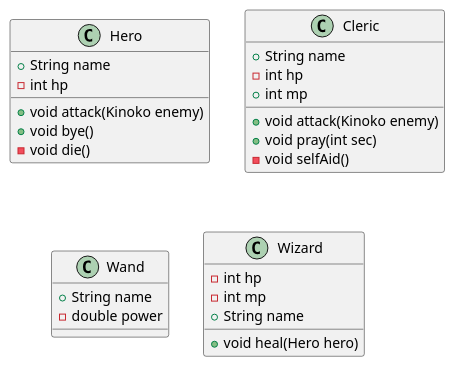
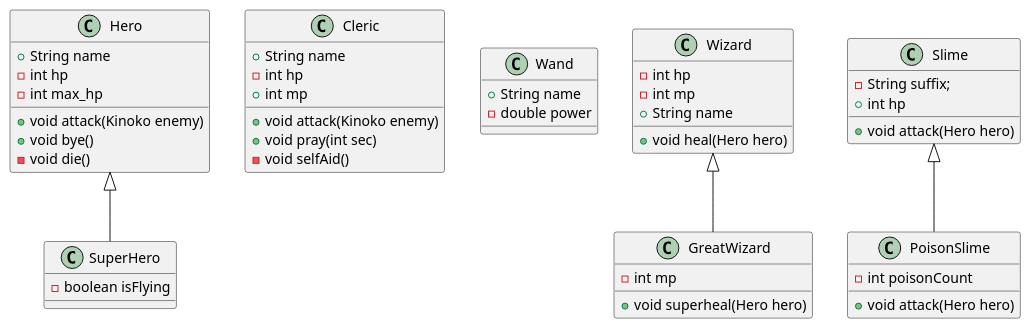
One commit to SurvivalCodingCampus/polytech_java_study changed the diagram in src/main/java/com/survivalcoding/game.puml. Above: the diagram before and after it, drawn with PlantUML.

Commit message:
docs: UML작성

```diff
--- a/src/main/java/com/survivalcoding/game.puml
+++ b/src/main/java/com/survivalcoding/game.puml
@@ -1,39 +1,61 @@
 @startuml
 'https://plantuml.com/class-diagram
 
 
 
 class Hero {
     + String name
     - int hp
+    - int max_hp
 
     + void attack(Kinoko enemy)
     + void bye()
     - void die()
 }
 
 class Cleric {
     + String name
     - int hp
     + int mp
 
     + void attack(Kinoko enemy)
     + void pray(int sec)
     - void selfAid()
 }
 
 class Wand {
     + String name
     - double power
 }
 
 class Wizard {
     - int hp
     - int mp
     + String name
 
     + void heal(Hero hero)
 }
 
+class SuperHero extends Hero {
+    - boolean isFlying
+}
 
+class GreatWizard extends Wizard {
+    - int mp
+
+    + void superheal(Hero hero)
+}
+
+class Slime {
+    - String suffix;
+    + int hp
+
+    + void attack(Hero hero)
+}
+
+class PoisonSlime extends Slime {
+    - int poisonCount
+
+    + void attack(Hero hero)
+}
 @enduml
```
